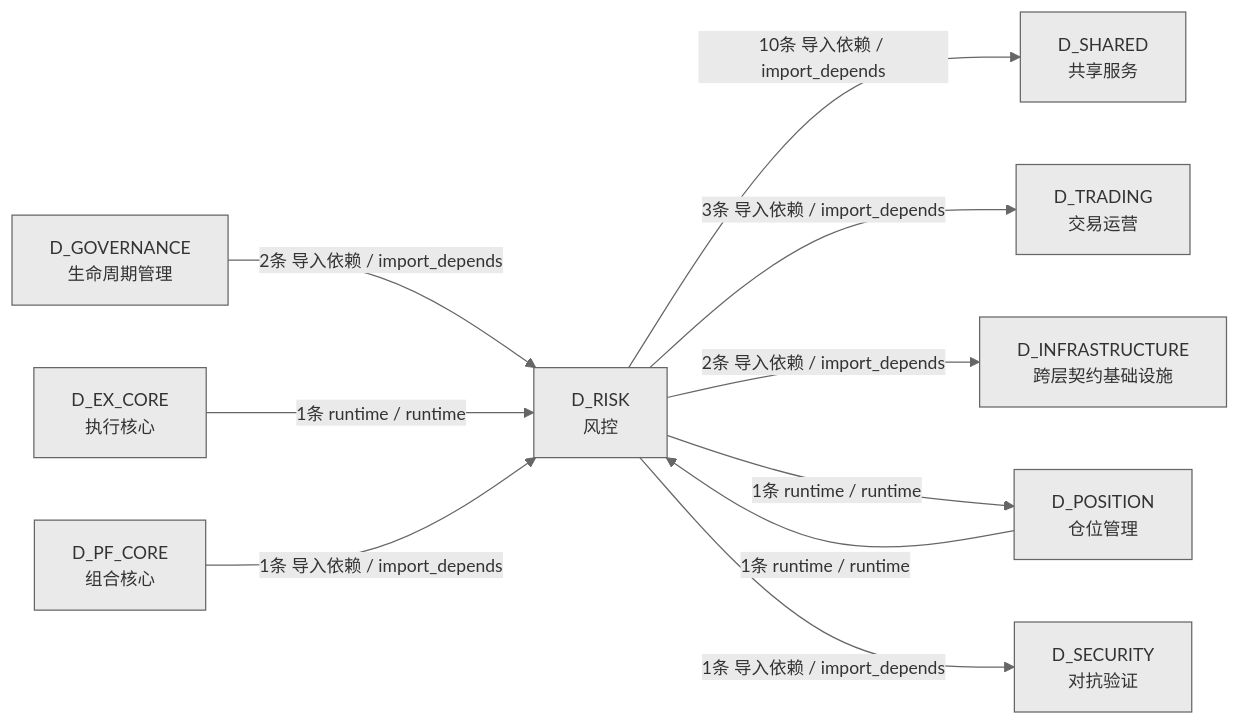
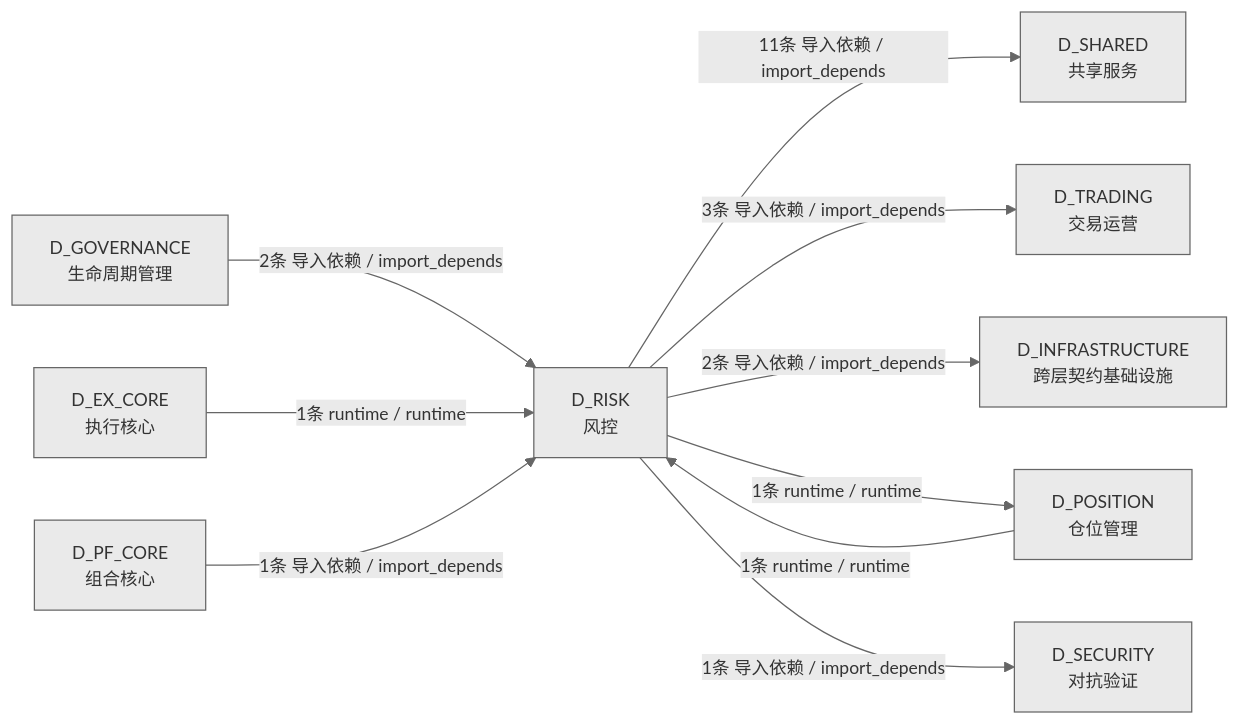
The third of 3 diagrams in docs/02_enterprise_architecture/02_domain_architecture_docs/65_d_risk.md (xuanFelixVan/ZephyrAlpha), drawn with Mermaid before and after one commit. The commit also changed other lines of this file and 56 other files, not shown here.

````diff
--- a/docs/02_enterprise_architecture/02_domain_architecture_docs/65_d_risk.md
+++ b/docs/02_enterprise_architecture/02_domain_architecture_docs/65_d_risk.md
@@ -273,22 +273,22 @@
 ```mermaid
 %%{init: {'theme': 'base', 'themeVariables': {'primaryColor': '#eaeaea', 'primaryTextColor': '#333333', 'primaryBorderColor': '#666666', 'lineColor': '#666666', 'secondaryColor': '#eaeaea', 'tertiaryColor': '#eaeaea', 'fontSize': '14px'}}}%%
 graph LR
     D_RISK["D_RISK<br/>风控"]
     D_SHARED["D_SHARED<br/>共享服务"]
     D_TRADING["D_TRADING<br/>交易运营"]
     D_INFRASTRUCTURE["D_INFRASTRUCTURE<br/>跨层契约基础设施"]
     D_POSITION["D_POSITION<br/>仓位管理"]
     D_SECURITY["D_SECURITY<br/>对抗验证"]
     D_GOVERNANCE["D_GOVERNANCE<br/>生命周期管理"]
     D_EX_CORE["D_EX_CORE<br/>执行核心"]
     D_PF_CORE["D_PF_CORE<br/>组合核心"]
-    D_RISK -->|10条 导入依赖 / import_depends| D_SHARED
+    D_RISK -->|11条 导入依赖 / import_depends| D_SHARED
     D_RISK -->|3条 导入依赖 / import_depends| D_TRADING
     D_RISK -->|2条 导入依赖 / import_depends| D_INFRASTRUCTURE
     D_RISK -->|1条 runtime / runtime| D_POSITION
     D_RISK -->|1条 导入依赖 / import_depends| D_SECURITY
     D_GOVERNANCE -->|2条 导入依赖 / import_depends| D_RISK
     D_EX_CORE -->|1条 runtime / runtime| D_RISK
     D_PF_CORE -->|1条 导入依赖 / import_depends| D_RISK
     D_POSITION -->|1条 runtime / runtime| D_RISK
 ```
````
